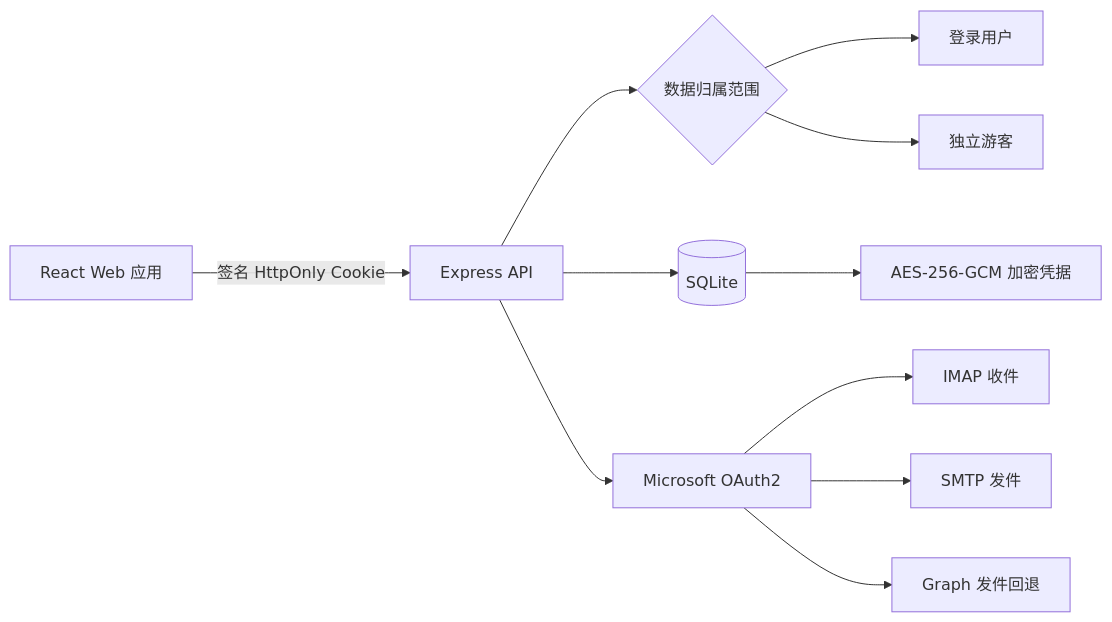
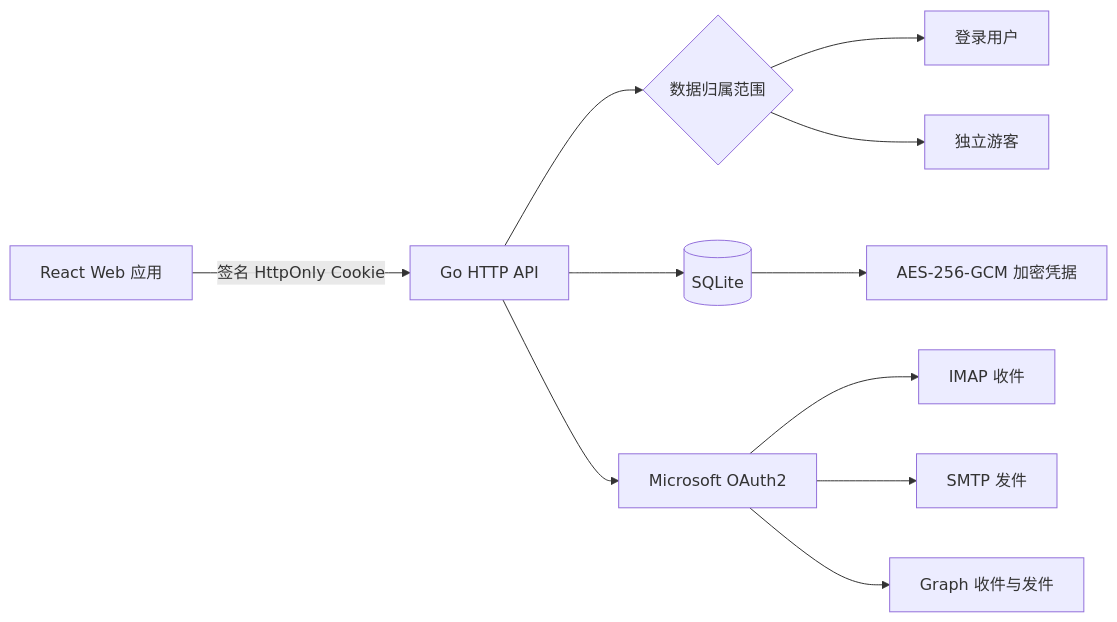
Before and after one commit to neonflux-io/Mail: the diagram in README.zh-CN.md, drawn with Mermaid. The commit also changed other lines of this file and 42 other files, not shown here.

````diff
--- a/README.zh-CN.md
+++ b/README.zh-CN.md
@@ -90,13 +92,13 @@
 ```mermaid
 flowchart LR
-  Browser[React Web 应用] -->|签名 HttpOnly Cookie| API[Express API]
+  Browser[React Web 应用] -->|签名 HttpOnly Cookie| API[Go HTTP API]
   API --> Identity{数据归属范围}
   Identity --> User[登录用户]
   Identity --> Guest[独立游客]
   API --> DB[(SQLite)]
   DB --> Vault[AES-256-GCM 加密凭据]
   API --> OAuth[Microsoft OAuth2]
   OAuth --> IMAP[IMAP 收件]
   OAuth --> SMTP[SMTP 发件]
-  OAuth --> Graph[Graph 发件回退]
+  OAuth --> Graph[Graph 收件与发件]
 ```
````
